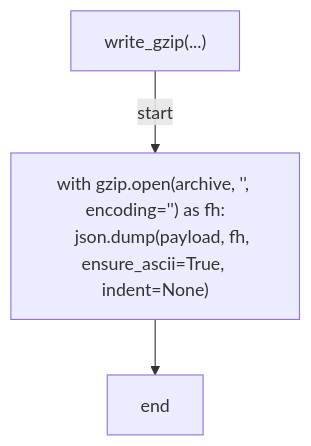
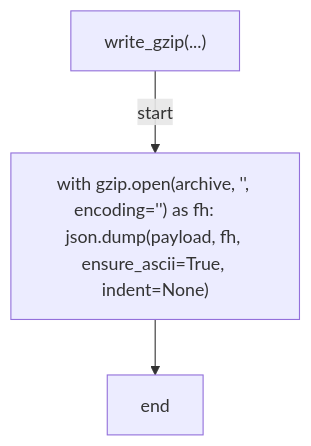
One commit to tvna/claude-md changed the second of 4 diagrams in docs/generated/scripts/ast/backup_archive.md. Above: the diagram before and after it, drawn with Mermaid. The commit also changed other lines of this file and 20 other files, not shown here.

First line of the commit message:
docs(generated): regenerate decision tree and workflow diagrams (batch 1/5)

````diff
--- a/docs/generated/scripts/ast/backup_archive.md
+++ b/docs/generated/scripts/ast/backup_archive.md
@@ -35,9 +22,8 @@
 ```mermaid
 flowchart TD
     N001["write_gzip(...)"]
-    N002["with gzip.open(archive, '<str>', encoding='<str>') as fh:
-    json.dump(payload, fh, ensure_ascii=True, indent=None)"]
+    N002["with gzip.open(archive, '<str>', encoding='<str>') as fh:     json.dump(payload, fh, ensure_ascii=True, indent=None)"]
     N003["end"]
     N001 -->|"start"| N002
     N002 --> N003
 ```
````
